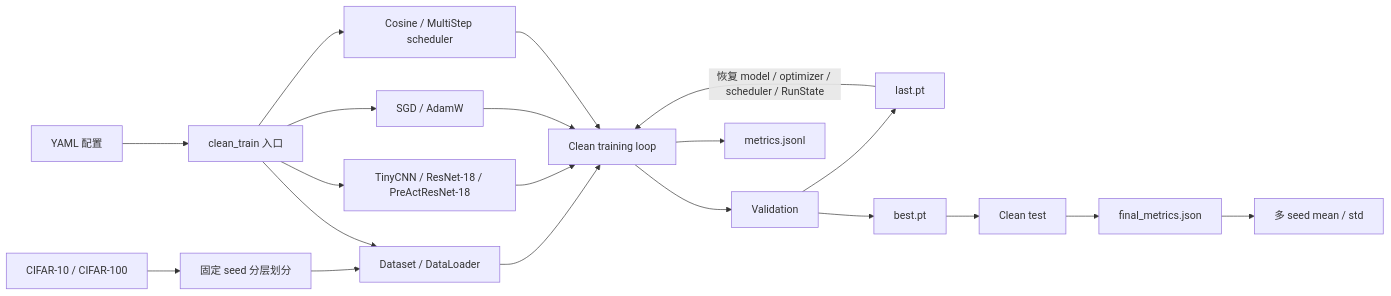
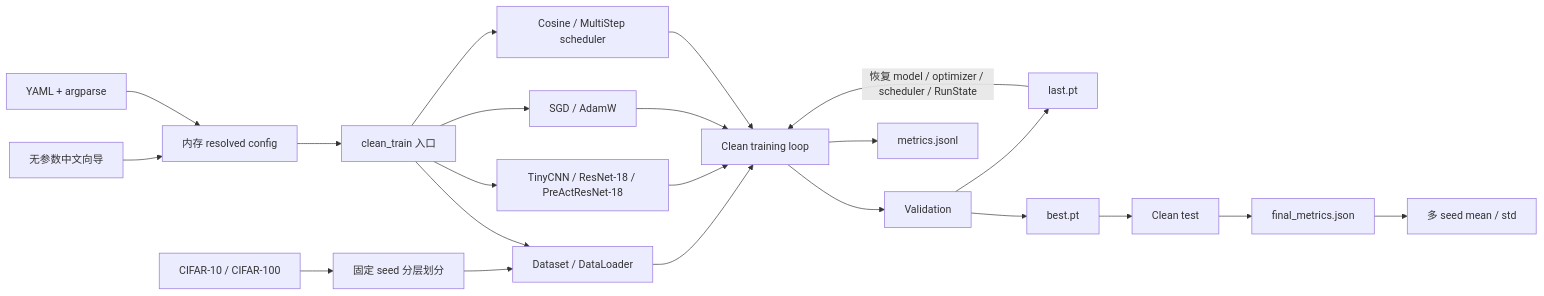
One commit to seanlee-lile/LNL-toolbox changed the diagram in docs/clean-training-architecture.md. Above: the diagram before and after it, drawn with Mermaid. The commit also changed 40 other files, not shown here.

````diff
--- a/docs/clean-training-architecture.md
+++ b/docs/clean-training-architecture.md
@@ -3,22 +3,24 @@
 ```mermaid
 flowchart LR
-    C["YAML 配置"] --> E["clean_train 入口"]
+    I["无参数中文向导"] --> C["内存 resolved config"]
+    Y["YAML + argparse"] --> C
+    C --> E["clean_train 入口"]
     D["CIFAR-10 / CIFAR-100"] --> S["固定 seed 分层划分"]
     S --> L["Dataset / DataLoader"]
     E --> L
     E --> M["TinyCNN / ResNet-18 / PreActResNet-18"]
     E --> O["SGD / AdamW"]
     E --> R["Cosine / MultiStep scheduler"]
     L --> T["Clean training loop"]
     M --> T
     O --> T
     R --> T
     T --> V["Validation"]
     V --> LAST["last.pt"]
     V --> BEST["best.pt"]
     LAST -->|"恢复 model / optimizer / scheduler / RunState"| T
     BEST --> TEST["Clean test"]
     T --> LOG["metrics.jsonl"]
     TEST --> FINAL["final_metrics.json"]
     FINAL --> MULTI["多 seed mean / std"]
 ```
````
